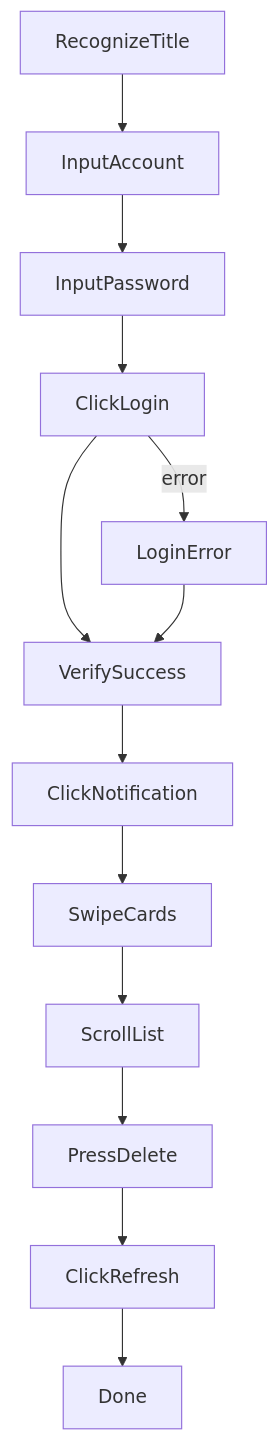
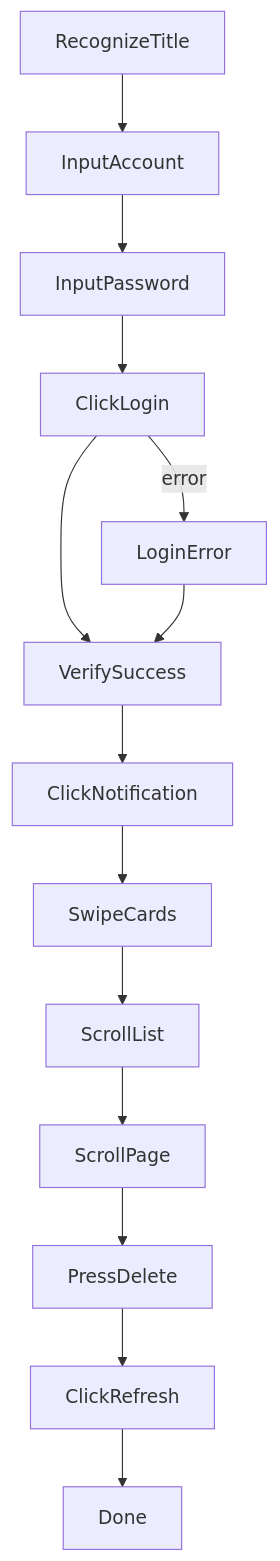
One commit to luberserker0v0/watchdog-automation changed the diagram in src-tauri/resources/pipelines/sample/sample.md. Above: the diagram before and after it, drawn with Mermaid. The commit also changed 119 other files, not shown here.

Commit message:
feat: complete pipeline debugging and graph workflows

````diff
--- a/src-tauri/resources/pipelines/sample/sample.md
+++ b/src-tauri/resources/pipelines/sample/sample.md
@@ -1,28 +1,30 @@
 ```mermaid
 flowchart TD
     RecognizeTitle["RecognizeTitle"]
     InputAccount["InputAccount"]
     InputPassword["InputPassword"]
     ClickLogin["ClickLogin"]
     LoginError["LoginError"]
     VerifySuccess["VerifySuccess"]
     ClickNotification["ClickNotification"]
     SwipeCards["SwipeCards"]
     ScrollList["ScrollList"]
+    ScrollPage["ScrollPage"]
     PressDelete["PressDelete"]
     ClickRefresh["ClickRefresh"]
     Done["Done"]
 
     RecognizeTitle --> InputAccount
     InputAccount --> InputPassword
     InputPassword --> ClickLogin
     ClickLogin --> VerifySuccess
     ClickLogin -->|error| LoginError
     LoginError --> VerifySuccess
     VerifySuccess --> ClickNotification
     ClickNotification --> SwipeCards
     SwipeCards --> ScrollList
-    ScrollList --> PressDelete
+    ScrollList --> ScrollPage
+    ScrollPage --> PressDelete
     PressDelete --> ClickRefresh
     ClickRefresh --> Done
 ```
````
